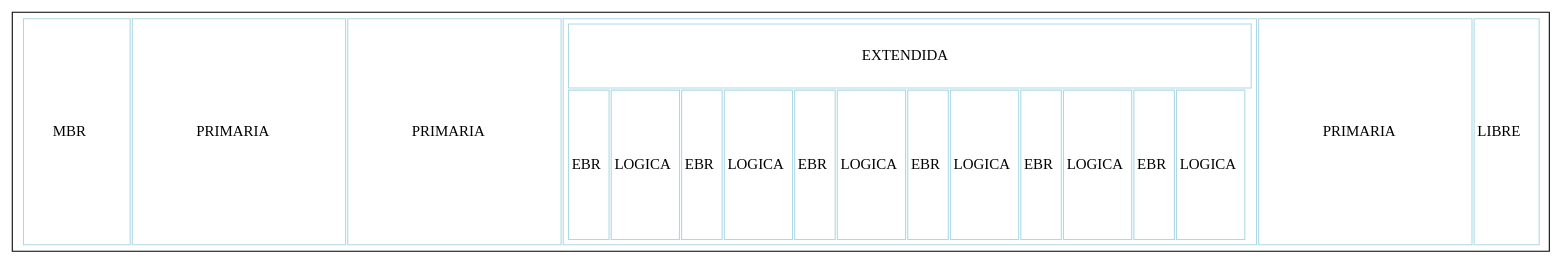
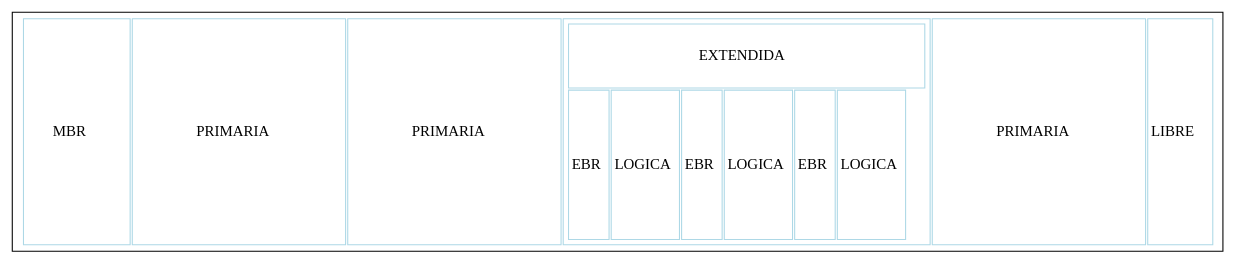
The diagram in Reportes/graficaDisco.dot (xJosee/SistemaArchivos), drawn with Graphviz before and after one commit. The commit also changed 7 other files, not shown here.

```diff
--- a/Reportes/graficaDisco.dot
+++ b/Reportes/graficaDisco.dot
@@ -1,34 +1,28 @@
 digraph G{
   tbl [
     shape=box
     label=<
      <table border='0' cellborder='1' width='600' height='200' color='lightblue'>
      <tr>
      <td  cellspacing= '0' height='200' width='100'> MBR </td>
      <td cellspacing= '0' height='200' width='200'>PRIMARIA </td>
      <td cellspacing= '0' height='200' width='200'>PRIMARIA </td>
      <td cellspacing= '0' height='200' width='200'>
      <table border='0'  height='200' WIDTH='200' cellborder='1'>
      <tr>  <td height='60' colspan='15'>EXTENDIDA</td>  </tr>
      <tr>
      <td cellspacing= '0' height='140'>EBR</td>
      <td cellspacing= '0' height='140'>LOGICA</td>
      <td cellspacing= '0' height='140'>EBR</td>
      <td cellspacing= '0' height='140'>LOGICA</td>
      <td cellspacing= '0' height='140'>EBR</td>
      <td cellspacing= '0' height='140'>LOGICA</td>
-     <td cellspacing= '0' height='140'>EBR</td>
-     <td cellspacing= '0' height='140'>LOGICA</td>
-     <td cellspacing= '0' height='140'>EBR</td>
-     <td cellspacing= '0' height='140'>LOGICA</td>
-     <td cellspacing= '0' height='140'>EBR</td>
-     <td cellspacing= '0' height='140'>LOGICA</td>
      </tr>
      </table>
      </td>
      <td cellspacing= '0' height='200' width='200'>PRIMARIA </td>
      <td height='200'> LIBRE </td>     </tr> 
      </table>        
 >];
 
 }
```
